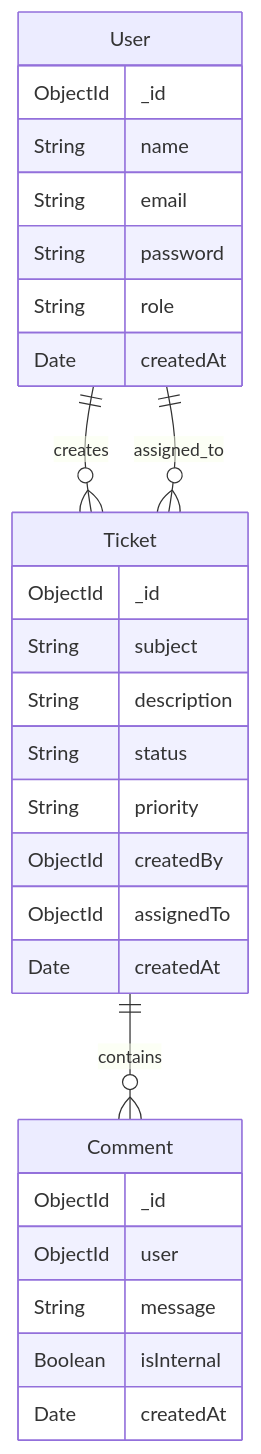
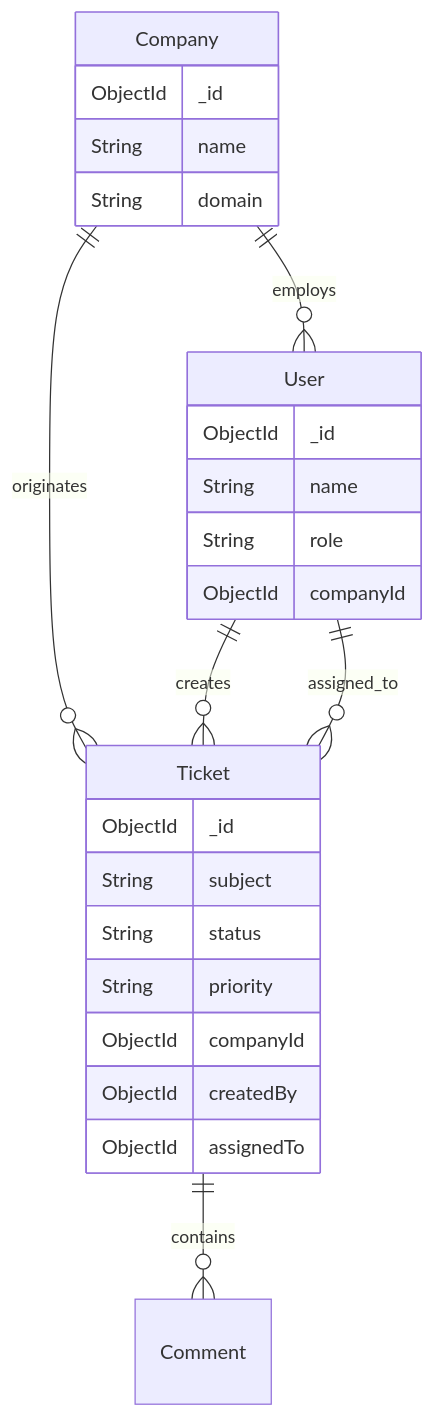
The second of 2 diagrams in README.md (developer-yasir/support-desk), drawn with Mermaid before and after one commit. The commit also changed other lines of this file, not shown here.

````diff
--- a/README.md
+++ b/README.md
@@ -96,33 +104,33 @@
 ```mermaid
 erDiagram
+    Company ||--o{ User : "employs"
+    Company ||--o{ Ticket : "originates"
+    
     User ||--o{ Ticket : "creates"
     User ||--o{ Ticket : "assigned_to"
+    
+    Ticket ||--o{ Comment : "contains"
+
+    Company {
+        ObjectId _id
+        String name
+        String domain
+    }
+
     User {
         ObjectId _id
         String name
-        String email
-        String password
         String role
-        Date createdAt
+        ObjectId companyId
     }
 
-    Ticket ||--o{ Comment : "contains"
     Ticket {
         ObjectId _id
         String subject
-        String description
         String status
         String priority
+        ObjectId companyId
         ObjectId createdBy
         ObjectId assignedTo
-        Date createdAt
-    }
-
-    Comment {
-        ObjectId _id
-        ObjectId user
-        String message
-        Boolean isInternal
-        Date createdAt
     }
 ```
````
